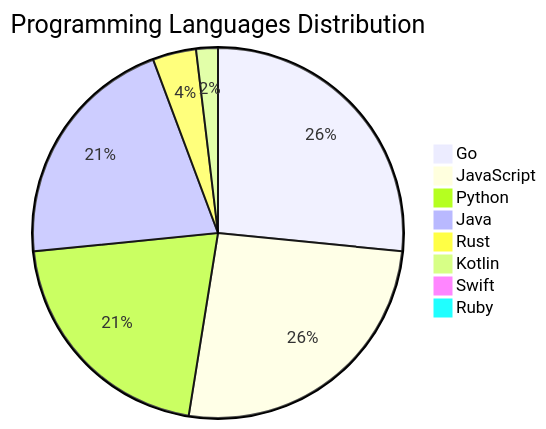
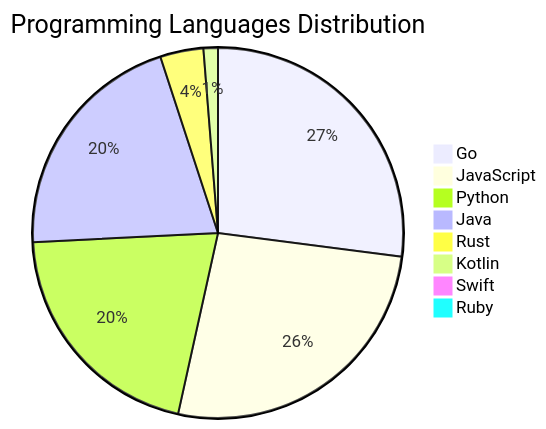
One commit to Derrick-MUGISHA/github-activity-bot changed the diagram in README.md. Above: the diagram before and after it, drawn with Mermaid. The commit also changed other lines of this file and 4 other files, not shown here.

````diff
--- a/README.md
+++ b/README.md
@@ -208,11 +208,11 @@
 ```mermaid
 pie title Programming Languages Distribution
-    "Go" : 42
-    "JavaScript" : 41
+    "Go" : 43
+    "JavaScript" : 42
     "Python" : 33
     "Java" : 33
     "Rust" : 6
-    "Kotlin" : 3
+    "Kotlin" : 2
     "Swift" : 1
     "Ruby" : 1
 ```
````
